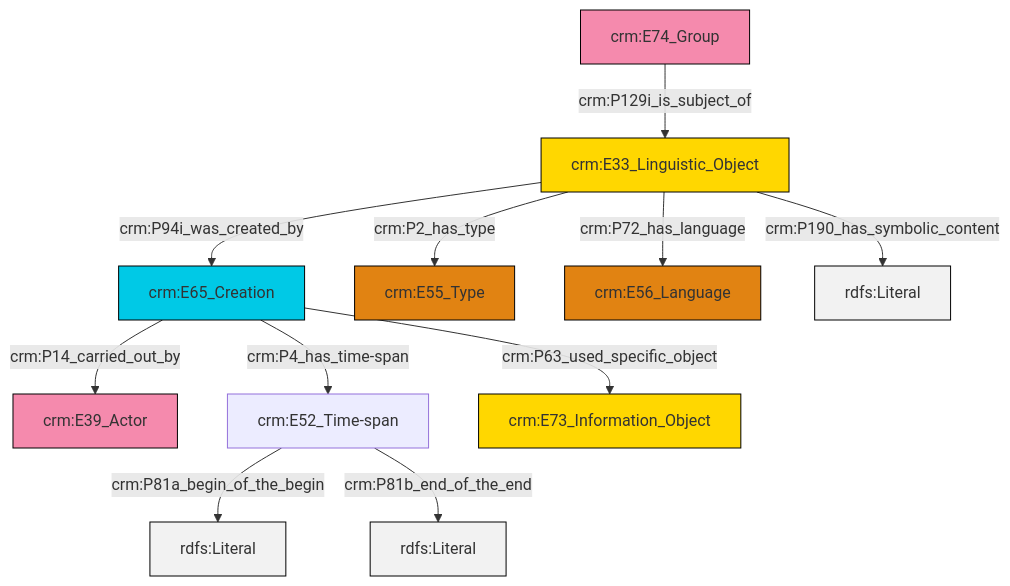
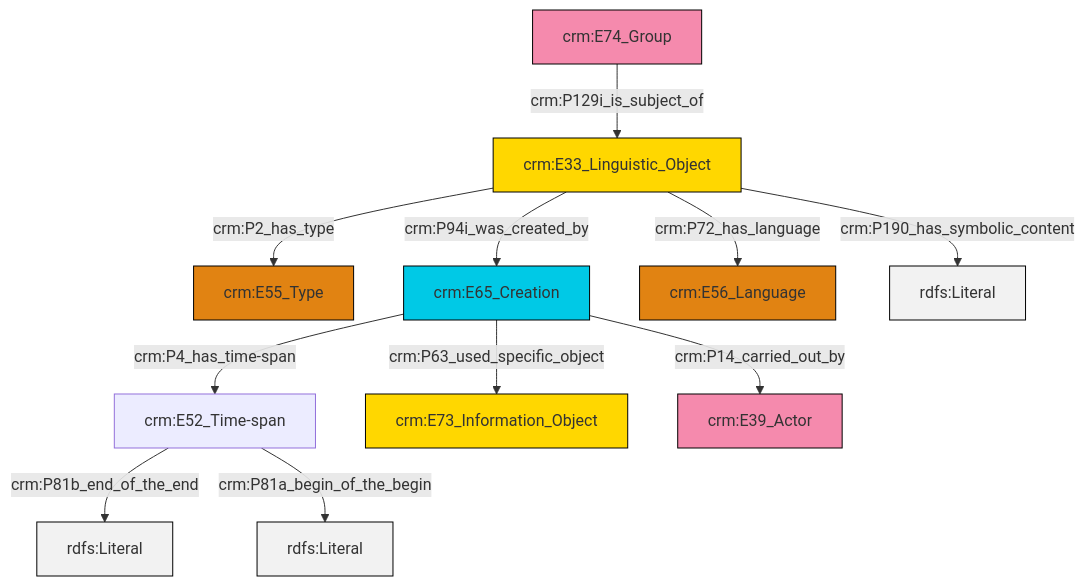
One commit to swiss-art-research-net/reference-data-models changed the diagram in et/groupCSV/ttl/mmd/group_description.ttl.mmd. Above: the diagram before and after it, drawn with Mermaid. The commit also changed 123 other files, not shown here.

```diff
--- a/et/groupCSV/ttl/mmd/group_description.ttl.mmd
+++ b/et/groupCSV/ttl/mmd/group_description.ttl.mmd
@@ -1,25 +1,25 @@
 graph TD
 classDef Literal fill:#f2f2f2,stroke:#000000;
 classDef CRM_Entity fill:#FFFFFF,stroke:#000000;
 classDef Temporal_Entity fill:#00C9E6, stroke:#000000;
 classDef Type fill:#E18312, stroke:#000000;
 classDef Time-Span fill:#2C9C91, stroke:#000000;
 classDef Appellation fill:#FFEB7F, stroke:#000000;
 classDef Place fill:#008836, stroke:#000000;
 classDef Persistent_Item fill:#B266B2, stroke:#000000;
 classDef Conceptual_Object fill:#FFD700, stroke:#000000;
 classDef Physical_Thing fill:#D2B48C, stroke:#000000;
 classDef Actor fill:#f58aad, stroke:#000000;
 classDef PC_Classes fill:#4ce600, stroke:#000000;
 classDef Multi fill:#cccccc,stroke:#000000;
 
-4["crm:E74_Group"]:::Actor -->|crm:P129i_is_subject_of| 5["crm:E33_Linguistic_Object"]:::Conceptual_Object
-0["crm:E65_Creation"]:::Temporal_Entity -->|crm:P4_has_time-span| 6["crm:E52_Time-span"]:::Default
-0["crm:E65_Creation"]:::Temporal_Entity -->|crm:P63_used_specific_object| 10["crm:E73_Information_Object"]:::Conceptual_Object
-5["crm:E33_Linguistic_Object"]:::Conceptual_Object -->|crm:P2_has_type| 8["crm:E55_Type"]:::Type
-5["crm:E33_Linguistic_Object"]:::Conceptual_Object -->|crm:P72_has_language| 12["crm:E56_Language"]:::Type
-6["crm:E52_Time-span"]:::Default -->|crm:P81a_begin_of_the_begin| 16[rdfs:Literal]:::Literal
-6["crm:E52_Time-span"]:::Default -->|crm:P81b_end_of_the_end| 17[rdfs:Literal]:::Literal
-5["crm:E33_Linguistic_Object"]:::Conceptual_Object -->|crm:P94i_was_created_by| 0["crm:E65_Creation"]:::Temporal_Entity
-0["crm:E65_Creation"]:::Temporal_Entity -->|crm:P14_carried_out_by| 2["crm:E39_Actor"]:::Actor
-5["crm:E33_Linguistic_Object"]:::Conceptual_Object -->|crm:P190_has_symbolic_content| 18[rdfs:Literal]:::Literal
+2["crm:E33_Linguistic_Object"]:::Conceptual_Object -->|crm:P2_has_type| 0["crm:E55_Type"]:::Type
+3["crm:E74_Group"]:::Actor -->|crm:P129i_is_subject_of| 2["crm:E33_Linguistic_Object"]:::Conceptual_Object
+4["crm:E52_Time-span"]:::Default -->|crm:P81b_end_of_the_end| 5[rdfs:Literal]:::Literal
+2["crm:E33_Linguistic_Object"]:::Conceptual_Object -->|crm:P94i_was_created_by| 6["crm:E65_Creation"]:::Temporal_Entity
+6["crm:E65_Creation"]:::Temporal_Entity -->|crm:P4_has_time-span| 4["crm:E52_Time-span"]:::Default
+2["crm:E33_Linguistic_Object"]:::Conceptual_Object -->|crm:P72_has_language| 9["crm:E56_Language"]:::Type
+6["crm:E65_Creation"]:::Temporal_Entity -->|crm:P63_used_specific_object| 10["crm:E73_Information_Object"]:::Conceptual_Object
+6["crm:E65_Creation"]:::Temporal_Entity -->|crm:P14_carried_out_by| 12["crm:E39_Actor"]:::Actor
+2["crm:E33_Linguistic_Object"]:::Conceptual_Object -->|crm:P190_has_symbolic_content| 14[rdfs:Literal]:::Literal
+4["crm:E52_Time-span"]:::Default -->|crm:P81a_begin_of_the_begin| 17[rdfs:Literal]:::Literal
```
